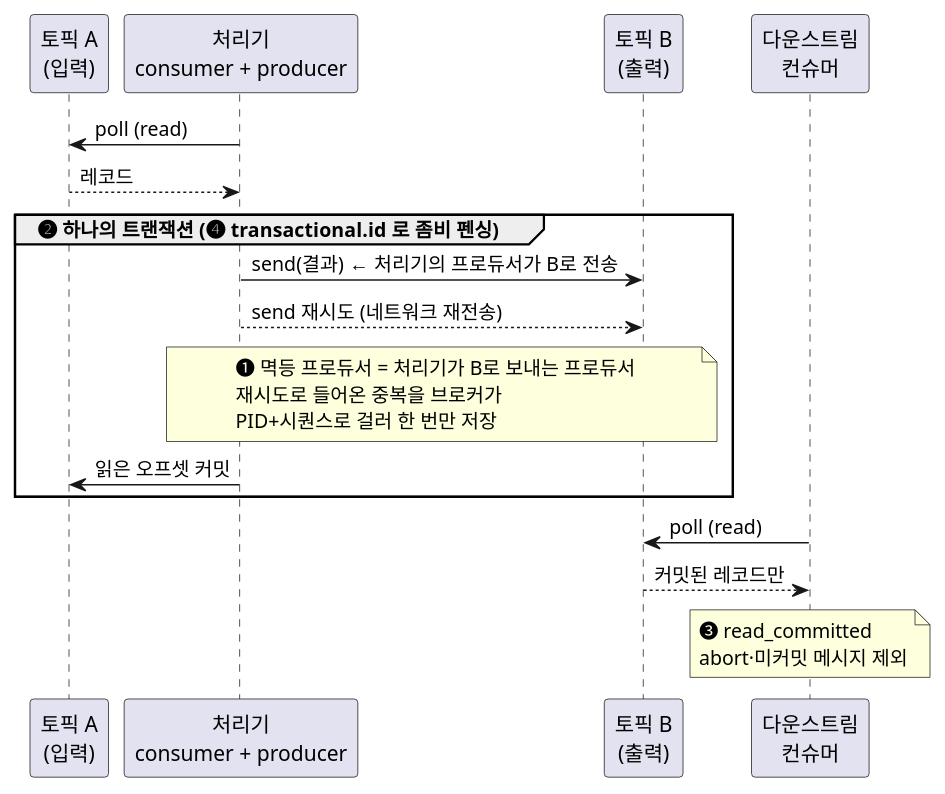
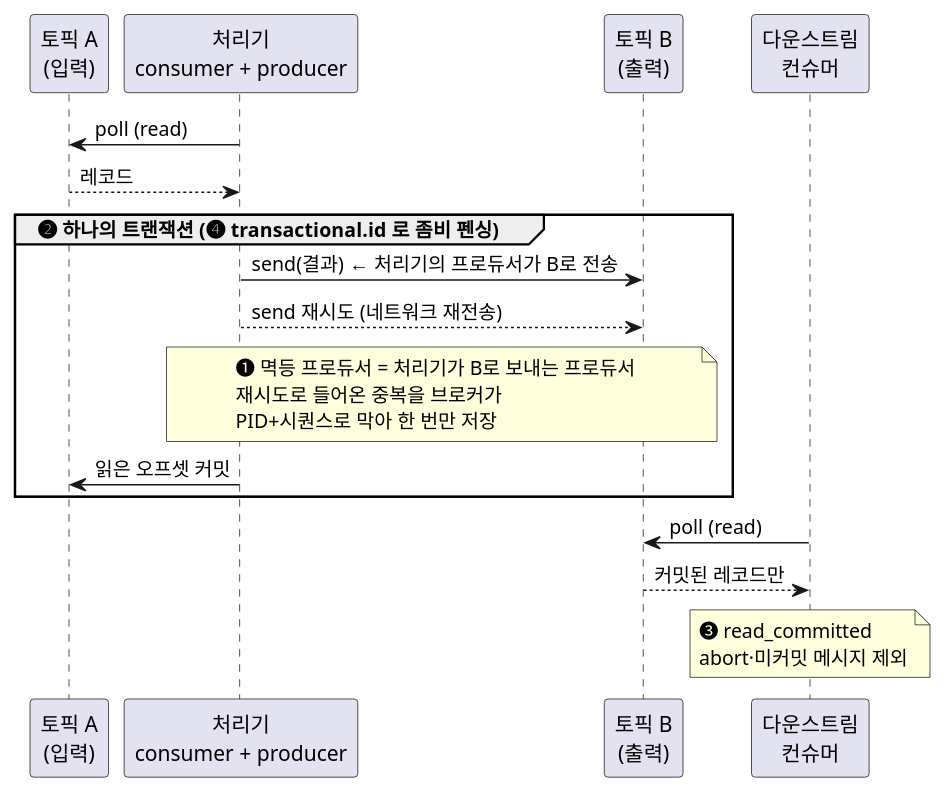
The first of 6 diagrams in blog/2026-08-18-kafka-transactions-exactly-once.mdx (johnycho/johny-dev), drawn with PlantUML before and after one commit. The commit also changed other lines of this file and 14 other files, not shown here.

````diff
--- a/blog/2026-08-18-kafka-transactions-exactly-once.mdx
+++ b/blog/2026-08-18-kafka-transactions-exactly-once.mdx
@@ -42,22 +42,22 @@
 ```plantuml
 @startuml
 skinparam shadowing false
 skinparam DefaultFontName sans-serif
 participant "토픽 A\n(입력)" as A
 participant "처리기\nconsumer + producer" as P
 participant "토픽 B\n(출력)" as B
 participant "다운스트림\n컨슈머" as D
 
 P -> A : poll (read)
 A --> P : 레코드
 group ❷ 하나의 트랜잭션   (❹ transactional.id 로 좀비 펜싱)
   P -> B : send(결과)  ← 처리기의 프로듀서가 B로 전송
   P --> B : send 재시도 (네트워크 재전송)
-  note over P, B : ❶ 멱등 프로듀서 = 처리기가 B로 보내는 프로듀서\n재시도로 들어온 중복을 브로커가\nPID+시퀀스로 걸러 한 번만 저장
+  note over P, B : ❶ 멱등 프로듀서 = 처리기가 B로 보내는 프로듀서\n재시도로 들어온 중복을 브로커가\nPID+시퀀스로 막아 한 번만 저장
   P -> A : 읽은 오프셋 커밋
 end
 D -> B : poll (read)
 B --> D : 커밋된 레코드만
 note over D : ❸ read_committed\nabort·미커밋 메시지 제외
 @enduml
 ```
````
